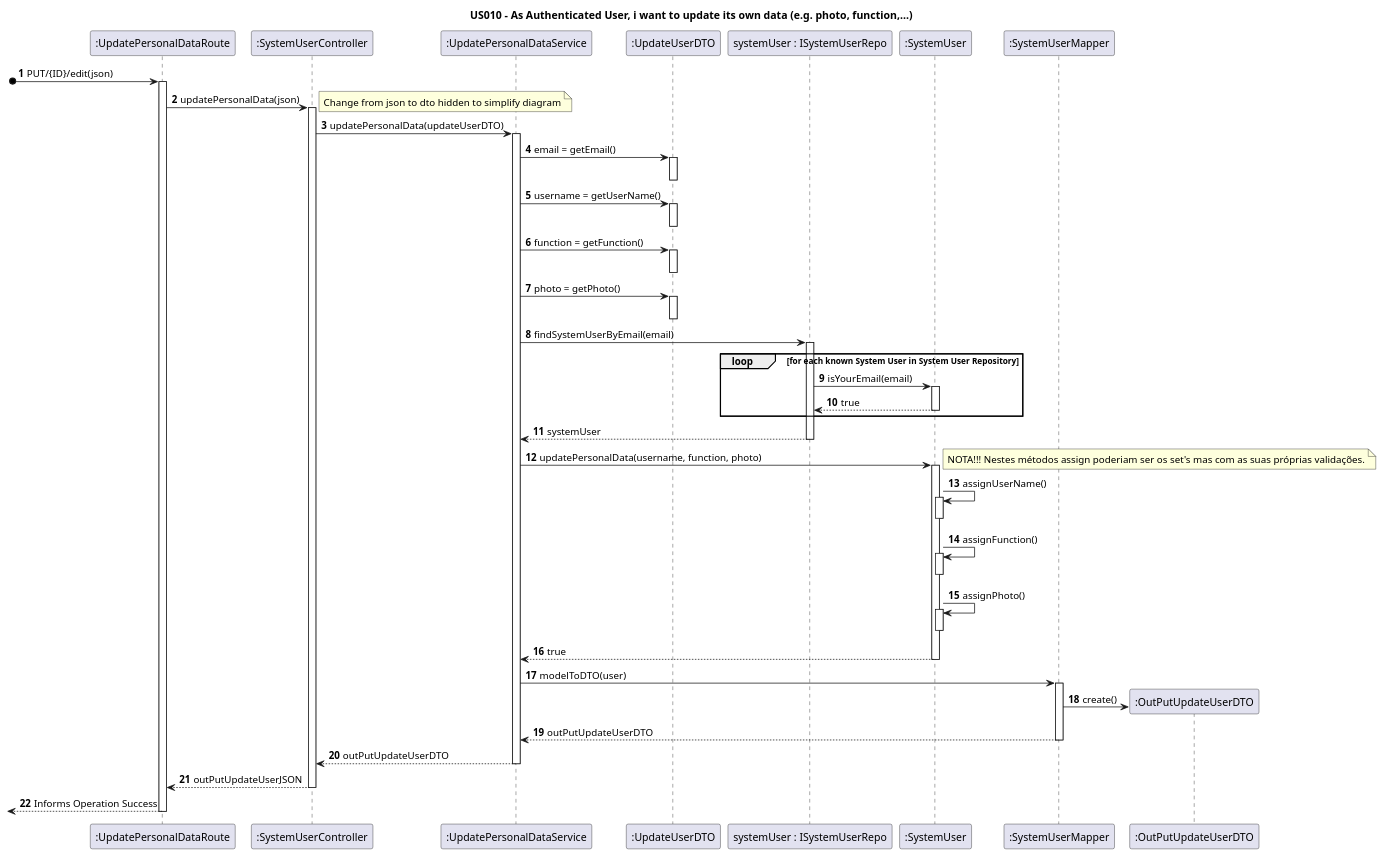
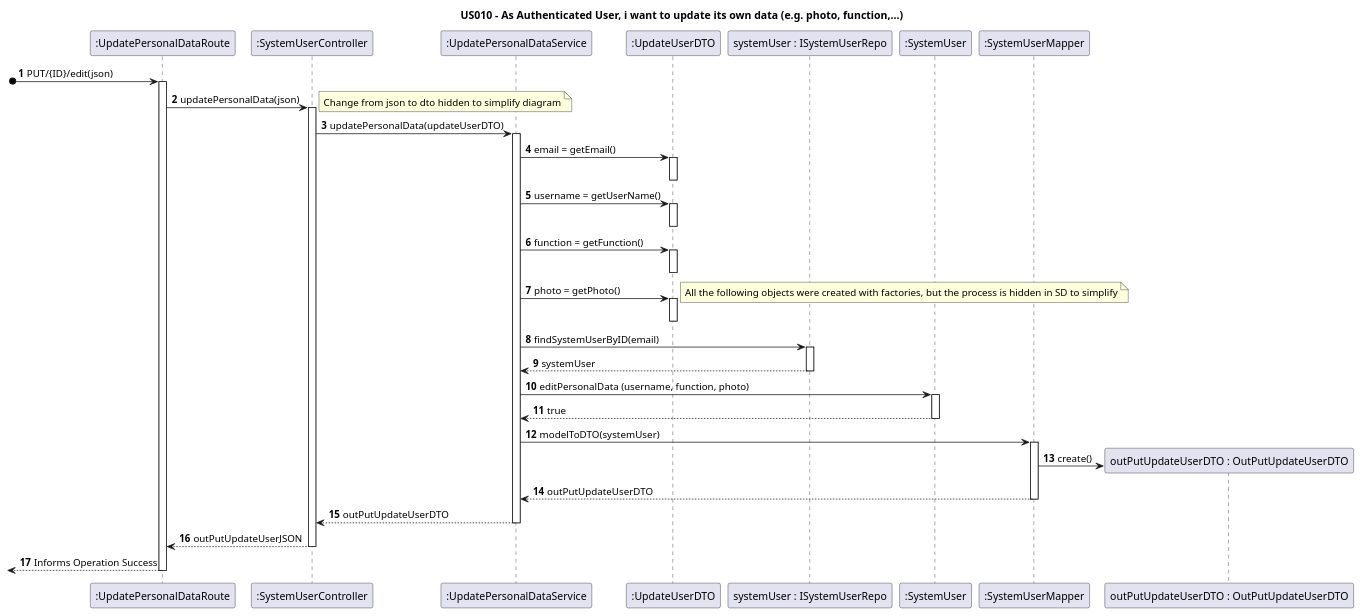
The diagram in docs/Sprint1/US010/US010-SD-Reengenharia.puml (nunogon1211787/projectManagement), drawn with PlantUML before and after one commit. The commit also changed 2 other files, not shown here.

Commit message:
US010 : Design Reengineering (resolve #206) US010 : Code Reengineering (resolve #207) Added tests to Sprint Aggregate (repository) (addresses #167)

```diff
--- a/docs/Sprint1/US010/US010-SD-Reengenharia.puml
+++ b/docs/Sprint1/US010/US010-SD-Reengenharia.puml
@@ -1,57 +1,47 @@
 @startuml
 'https://plantuml.com/sequence-diagram
 
 title US010 - As Authenticated User, i want to update its own data (e.g. photo, function,...)
 
 autoactivate on
 autonumber
 
 participant ":UpdatePersonalDataRoute" as route
 participant ":SystemUserController" as Ctrl
 participant ":UpdatePersonalDataService" as service
 participant ":UpdateUserDTO" as dto
 participant "systemUser : ISystemUserRepo" as iRepo
 participant ":SystemUser" as systemUser
 participant ":SystemUserMapper" as mapper
-participant ":OutPutUpdateUserDTO" as outPutDTO
+participant "outPutUpdateUserDTO : OutPutUpdateUserDTO" as outPutDTO
 
 [o-> route: PUT/{ID}/edit(json)
 route -> Ctrl: updatePersonalData(json)
 note right
 Change from json to dto hidden to simplify diagram
 end note
 Ctrl -> service: updatePersonalData(updateUserDTO)
 service -> dto: email = getEmail()
 deactivate
 service -> dto: username = getUserName()
 deactivate
 service -> dto: function = getFunction()
 deactivate
 service -> dto: photo = getPhoto()
 deactivate
-service -> iRepo: findSystemUserByEmail(email)
-loop for each known System User in System User Repository
-iRepo -> systemUser: isYourEmail(email)
-systemUser --> iRepo: true
-end
+note right
+All the following objects were created with factories, but the process is hidden in SD to simplify
+end note
+service -> iRepo: findSystemUserByID(email)
 iRepo --> service: systemUser
-service -> systemUser: updatePersonalData(username, function, photo)
-note right
-NOTA!!! Nestes métodos assign poderiam ser os set's mas com as suas próprias validações.
-end note
-systemUser -> systemUser: assignUserName()
-deactivate
-systemUser -> systemUser: assignFunction()
-deactivate
-systemUser -> systemUser: assignPhoto()
-deactivate
+service -> systemUser: editPersonalData (username, function, photo)
 systemUser --> service: true
-service -> mapper: modelToDTO(user)
+service -> mapper: modelToDTO(systemUser)
 mapper -> outPutDTO**: create()
 mapper --> service: outPutUpdateUserDTO
 service --> Ctrl: outPutUpdateUserDTO
 Ctrl --> route: outPutUpdateUserJSON
 [<--route : Informs Operation Success
 
 
 @enduml
```
